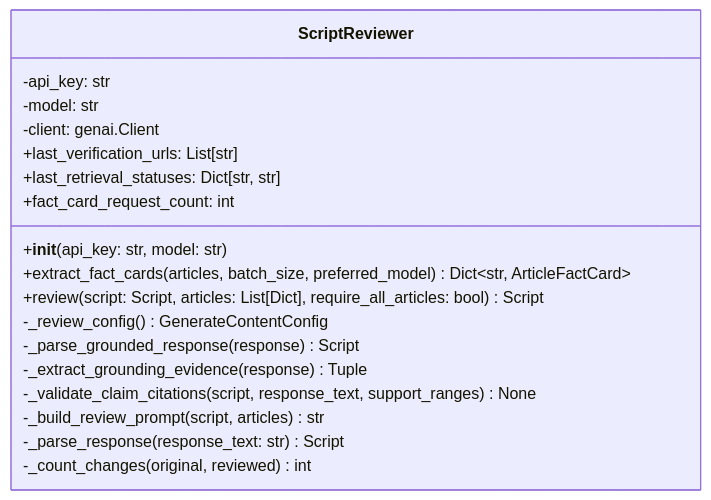
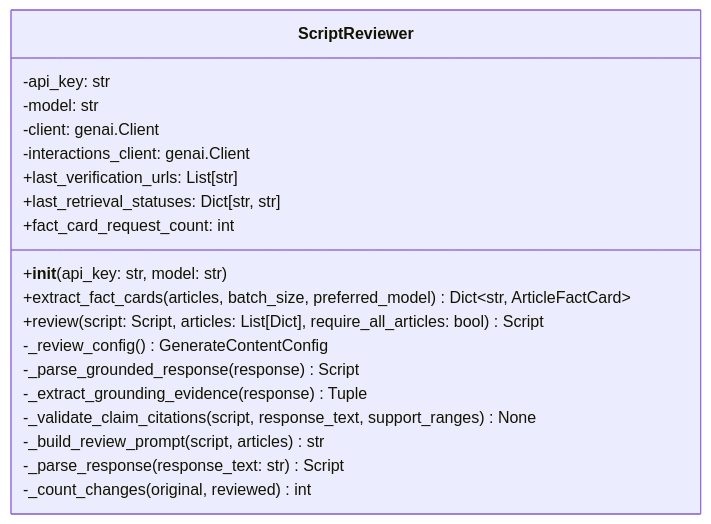
The third of 8 diagrams in docs/LLD.md (necoha/auto-podcast), drawn with Mermaid before and after one commit. The commit also changed other lines of this file and 3 other files, not shown here.

````diff
--- a/docs/LLD.md
+++ b/docs/LLD.md
@@ -205,21 +205,22 @@
 ```mermaid
 classDiagram
     class ScriptReviewer {
         -api_key: str
         -model: str
         -client: genai.Client
+        -interactions_client: genai.Client
         +last_verification_urls: List[str]
         +last_retrieval_statuses: Dict[str, str]
         +fact_card_request_count: int
         +__init__(api_key: str, model: str)
         +extract_fact_cards(articles, batch_size, preferred_model) Dict~str, ArticleFactCard~
         +review(script: Script, articles: List[Dict], require_all_articles: bool) Script
         -_review_config() GenerateContentConfig
         -_parse_grounded_response(response) Script
         -_extract_grounding_evidence(response) Tuple
         -_validate_claim_citations(script, response_text, support_ranges) None
         -_build_review_prompt(script, articles) str
         -_parse_response(response_text: str) Script
         -_count_changes(original, reviewed) int
     }
 ```
````
